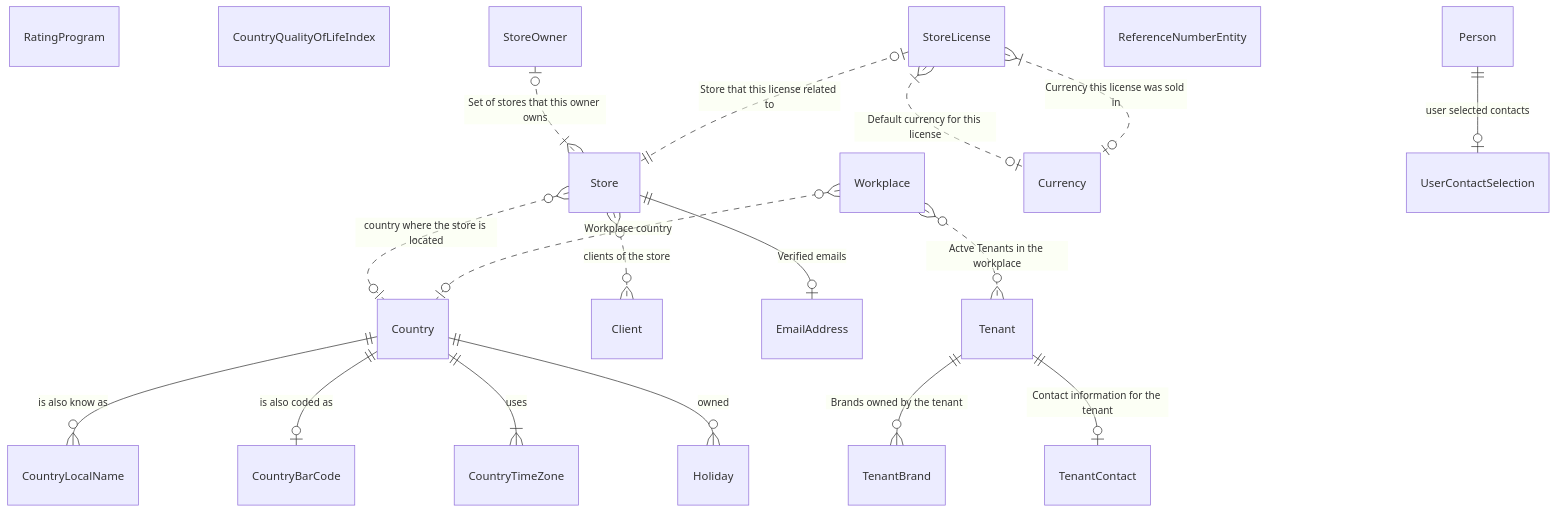
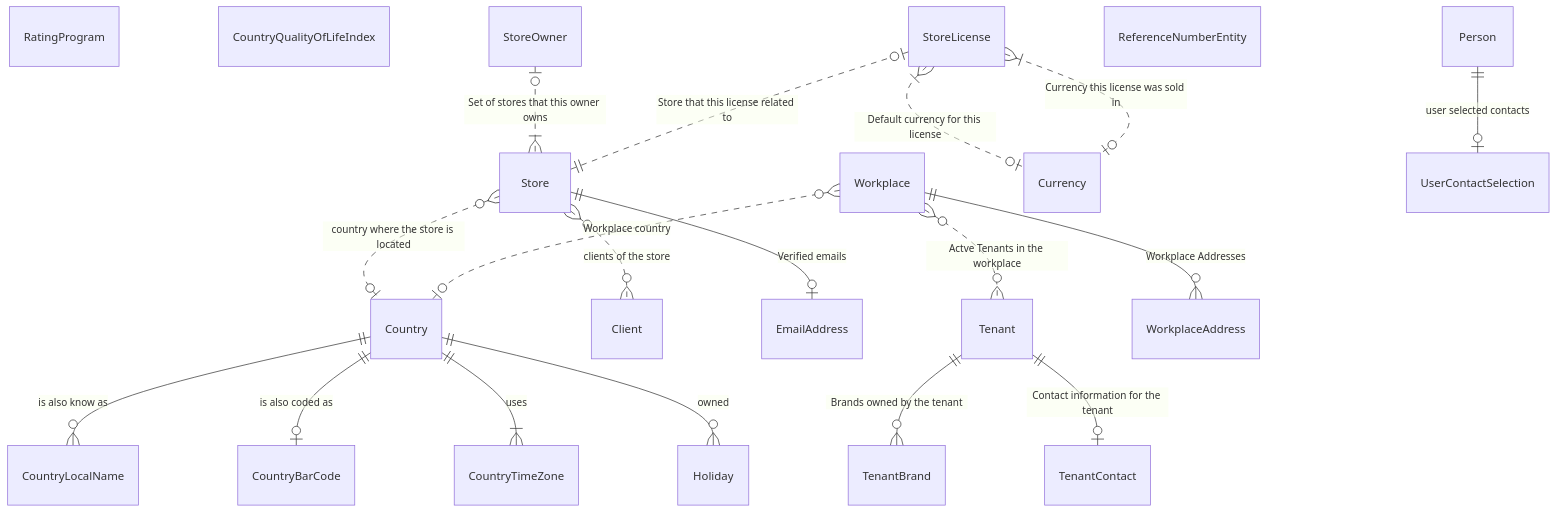
One commit to NoxOrg/Nox changed the diagram in tests/Nox.ClientApi.Tests/.nox/docs/README.md. Above: the diagram before and after it, drawn with Mermaid. The commit also changed other lines of this file and 48 other files, not shown here.

````diff
--- a/tests/Nox.ClientApi.Tests/.nox/docs/README.md
+++ b/tests/Nox.ClientApi.Tests/.nox/docs/README.md
@@ -11,60 +11,63 @@
 ``` mermaid
 erDiagram
     Country {
     }
     Country||--o{CountryLocalName : "is also know as"
     Country||--o|CountryBarCode : "is also coded as"
     Country||--|{CountryTimeZone : "uses"
     Country||--o{Holiday : "owned"
     CountryLocalName {
     }
     CountryBarCode {
     }
     RatingProgram {
     }
     CountryQualityOfLifeIndex {
     }
     Store {
     }
     Store}o..o|Country : "country where the store is located"
     Store}o..o{Client : "clients of the store"
     Store||--o|EmailAddress : "Verified emails"
     Workplace {
     }
     Workplace}o..o|Country : "Workplace country"
     Workplace}o..o{Tenant : "Actve Tenants in the workplace"
+    Workplace||--o{WorkplaceAddress : "Workplace Addresses"
+    WorkplaceAddress {
+    }
     StoreOwner {
     }
     StoreOwner|o..|{Store : "Set of stores that this owner owns"
     StoreLicense {
     }
     StoreLicense|o..||Store : "Store that this license related to"
     StoreLicense}|..o|Currency : "Default currency for this license"
     StoreLicense}|..o|Currency : "Currency this license was sold in"
     Currency {
     }
     Tenant {
     }
     Tenant||--o{TenantBrand : "Brands owned by the tenant"
     Tenant||--o|TenantContact : "Contact information for the tenant"
     TenantBrand {
     }
     TenantContact {
     }
     CountryTimeZone {
     }
     Client {
     }
     Holiday {
     }
     ReferenceNumberEntity {
     }
     Person {
     }
     Person||--o|UserContactSelection : "user selected contacts"
     UserContactSelection {
     }
     EmailAddress {
     }
 
 ```
````
